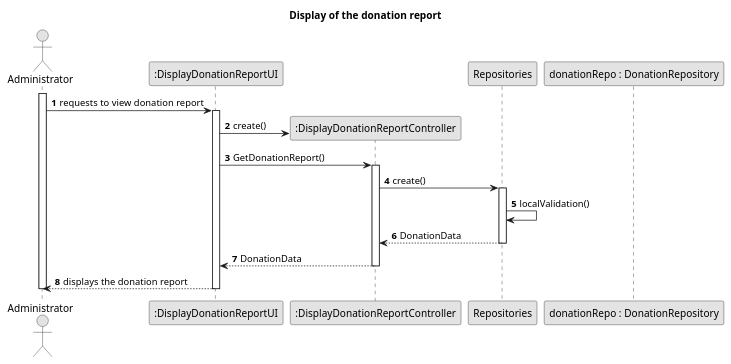
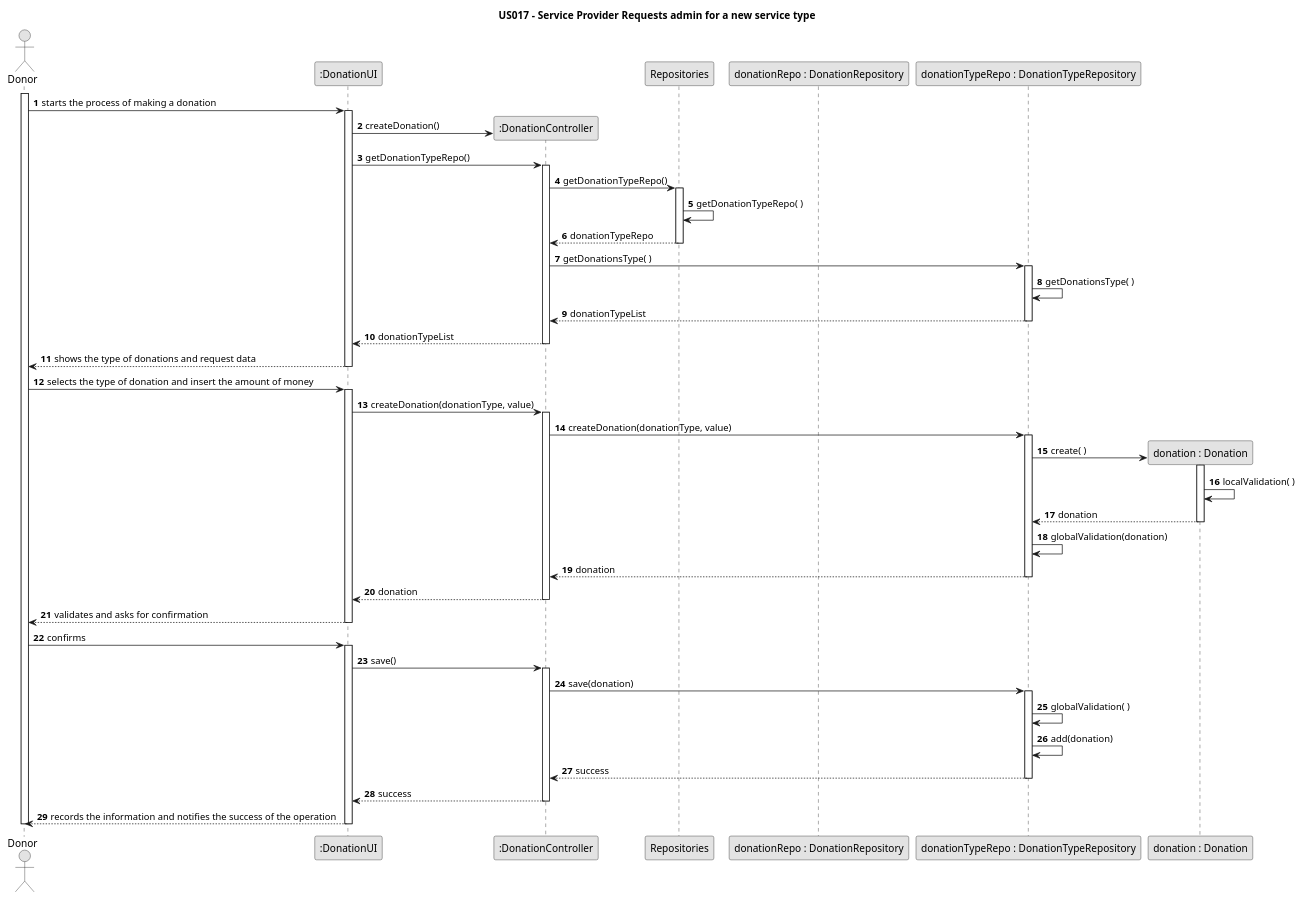
One commit to Chirano/GladlyGiven changed the diagram in javaSprint2GladlyGiven/Docs/UseCases/uc017/design/us017-SD.puml. Above: the diagram before and after it, drawn with PlantUML. The commit also changed other lines of this file and 41 other files, not shown here.

```diff
--- a/javaSprint2GladlyGiven/Docs/UseCases/uc017/design/us017-SD.puml
+++ b/javaSprint2GladlyGiven/Docs/UseCases/uc017/design/us017-SD.puml
@@ -2,36 +1,73 @@
 @startuml
 skinparam monochrome true
 skinparam packageStyle rectangle
 skinparam shadowing false
 
-title Display of the donation report
+title US017 - Service Provider Requests admin for a new service type
 
 autonumber
 
-actor Administrator
-participant ":DisplayDonationReportUI" as ui
-participant ":DisplayDonationReportController" as ctrl
-participant Repositories
-participant "donationRepo : DonationRepository" as DonationRepo
+actor Donor as donor
+participant ":DonationUI" as ui
+participant ":DonationController" as ctrl
+participant Repositories as repo
+participant "donationRepo : DonationRepository" as donationRepo
+participant "donationTypeRepo : DonationTypeRepository" as donationTypeRepo
+participant "donation : Donation" as donation
 
 
-activate Administrator
-
-    Administrator -> ui : requests to view donation report
+activate donor
+    donor -> ui : starts the process of making a donation
     activate ui
-        ui -> ctrl** : create()
-        ui -> ctrl : GetDonationReport()
+        ui -> ctrl** : createDonation()
+        ui -> ctrl : getDonationTypeRepo()
         activate ctrl
-            ctrl -> Repositories : create()
-            activate Repositories
-                Repositories -> Repositories : localValidation()
-                Repositories --> ctrl : DonationData
-            deactivate Repositories
-            ctrl --> ui : DonationData
+            ctrl -> repo : getDonationTypeRepo()
+            activate repo
+                repo -> repo : getDonationTypeRepo( )
+                repo --> ctrl : donationTypeRepo
+            deactivate repo
+            ctrl -> donationTypeRepo : getDonationsType( )
+            activate donationTypeRepo
+                donationTypeRepo -> donationTypeRepo : getDonationsType( )
+                donationTypeRepo --> ctrl : donationTypeList
+            deactivate donationTypeRepo
+            ctrl --> ui : donationTypeList
         deactivate ctrl
-        ui --> Administrator : displays the donation report
+            ui --> donor : shows the type of donations and request data
     deactivate ui
-
-deactivate Administrator
+    donor -> ui : selects the type of donation and insert the amount of money
+    activate ui
+        ui -> ctrl : createDonation(donationType, value)
+        activate ctrl
+            ctrl -> donationTypeRepo : createDonation(donationType, value)
+            activate donationTypeRepo
+                donationTypeRepo -> donation** : create( )
+                activate donation
+                    donation -> donation : localValidation( )
+                    donation --> donationTypeRepo : donation
+                deactivate donation
+                donationTypeRepo -> donationTypeRepo : globalValidation(donation)
+                donationTypeRepo --> ctrl : donation
+            deactivate donationTypeRepo
+            ctrl --> ui : donation
+        deactivate ctrl
+        ui --> donor : validates and asks for confirmation
+    deactivate ui
+    donor -> ui : confirms
+    activate ui
+        ui -> ctrl : save()
+        activate ctrl
+            ctrl -> donationTypeRepo : save(donation)
+            activate donationTypeRepo
+                donationTypeRepo -> donationTypeRepo : globalValidation( )
+                donationTypeRepo -> donationTypeRepo : add(donation)
+                donationTypeRepo --> ctrl : success
+            deactivate donationTypeRepo
+            ctrl --> ui : success
+        deactivate ctrl
+        ui --> donor : records the information and notifies the success of the operation
+    deactivate ui
+deactivate donor
 
 @enduml
```
